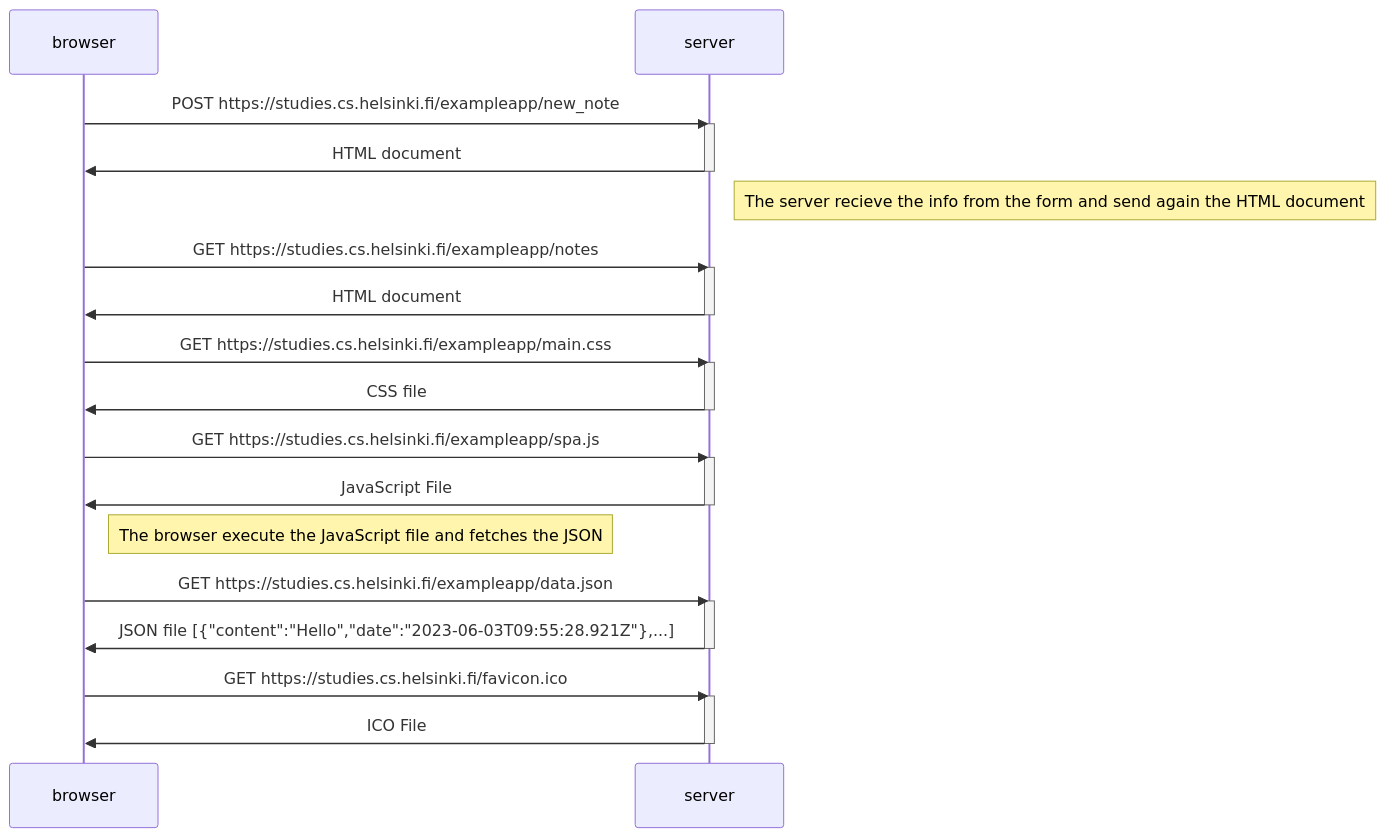
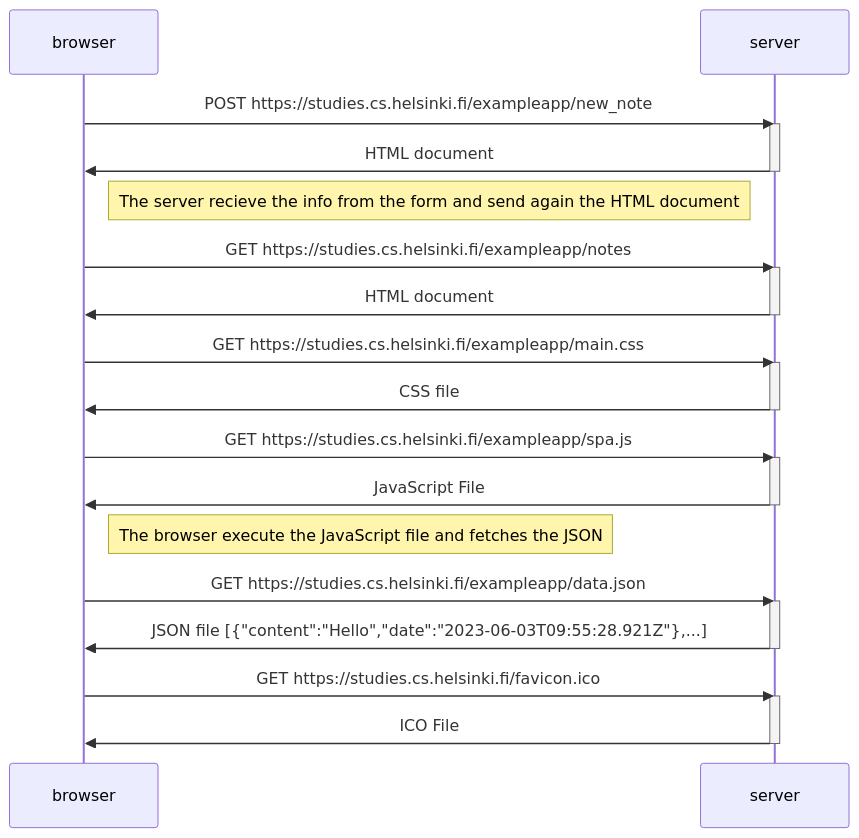
Before and after one commit to FranciscoGP-telco/FullStackOpenCourse: the diagram in part0/NewNoteDiagram.md, drawn with Mermaid.

````diff
--- a/part0/NewNoteDiagram.md
+++ b/part0/NewNoteDiagram.md
@@ -1,41 +1,41 @@
 ```mermaid
 sequenceDiagram
 	participant browser
 	participant server
 	
 	browser->>server: POST	https://studies.cs.helsinki.fi/exampleapp/new_note
 	activate server
 	server->>browser: HTML document
 	deactivate server
 	
-	Note right of server: The server recieve the info from the form and send again the HTML document
+	Note left of server: The server recieve the info from the form and send again the HTML document
 	
 	
 	browser->>server: GET https://studies.cs.helsinki.fi/exampleapp/notes
 	activate server
 	server->>browser: HTML document
 	deactivate server
 	
 	browser->>server: GET https://studies.cs.helsinki.fi/exampleapp/main.css
 	activate server
 	server->>browser: CSS file
 	deactivate server
 	
 	browser->>server: GET https://studies.cs.helsinki.fi/exampleapp/spa.js
 	activate server
 	server->>browser: JavaScript File
 	deactivate server
 	
 	Note right of browser: The browser execute the JavaScript file and fetches the JSON 
 	
 	browser->>server: GET https://studies.cs.helsinki.fi/exampleapp/data.json
 	activate server
 	server->>browser: JSON file [{"content":"Hello","date":"2023-06-03T09:55:28.921Z"},...]
 	deactivate server
 	
 	browser->>server: GET https://studies.cs.helsinki.fi/favicon.ico
 	activate server
 	server->>browser: ICO File
 	deactivate server
 	
 ```
````
